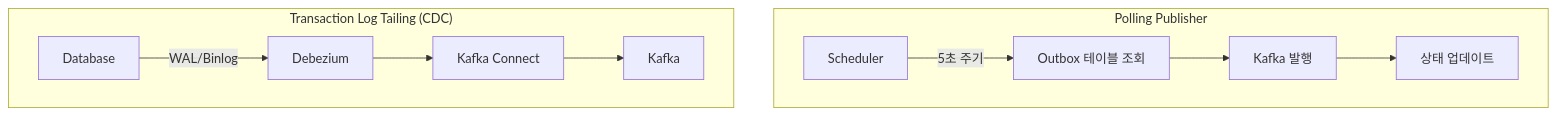
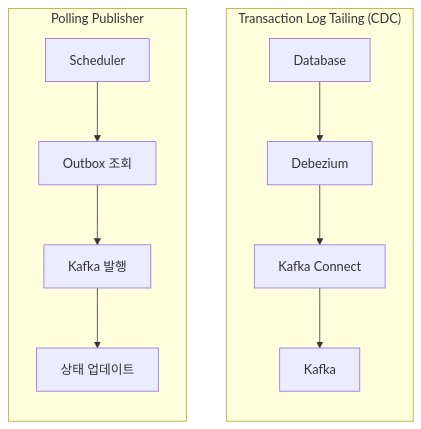
Before and after one commit to Gyeom/dev-notes: the third of 9 diagrams in content/posts/2024-07-15-transactional-outbox-pattern-deep-dive.md, drawn with Mermaid. The commit also changed other lines of this file and 7 other files, not shown here.

First line of the commit message:
Fix: 전체 포스트 Mermaid 다이어그램 가로 배치 적용

````diff
--- a/content/posts/2024-07-15-transactional-outbox-pattern-deep-dive.md
+++ b/content/posts/2024-07-15-transactional-outbox-pattern-deep-dive.md
@@ -131,14 +131,16 @@
 ```mermaid
-flowchart TB
-    subgraph "Polling Publisher"
-        A1[Scheduler] -->|5초 주기| B1[Outbox 테이블 조회]
+flowchart LR
+    subgraph Polling["Polling Publisher"]
+        A1[Scheduler] --> B1[Outbox 조회]
         B1 --> C1[Kafka 발행]
         C1 --> D1[상태 업데이트]
     end
 
-    subgraph "Transaction Log Tailing (CDC)"
-        A2[Database] -->|WAL/Binlog| B2[Debezium]
+    subgraph CDC["Transaction Log Tailing (CDC)"]
+        A2[Database] --> B2[Debezium]
         B2 --> C2[Kafka Connect]
         C2 --> D2[Kafka]
     end
+
+    Polling ~~~ CDC
 ```
````
